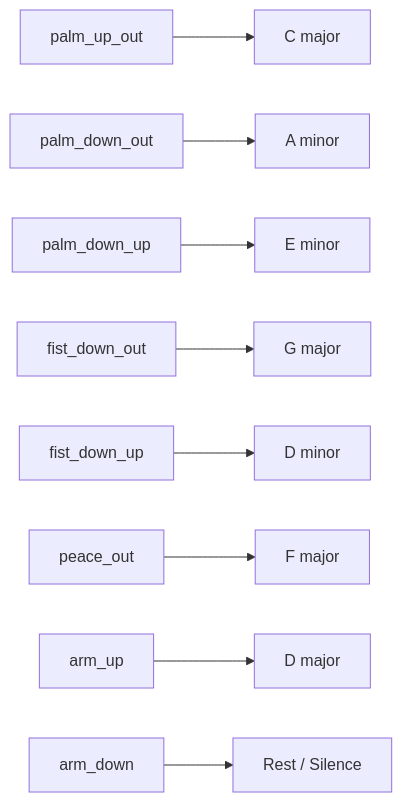
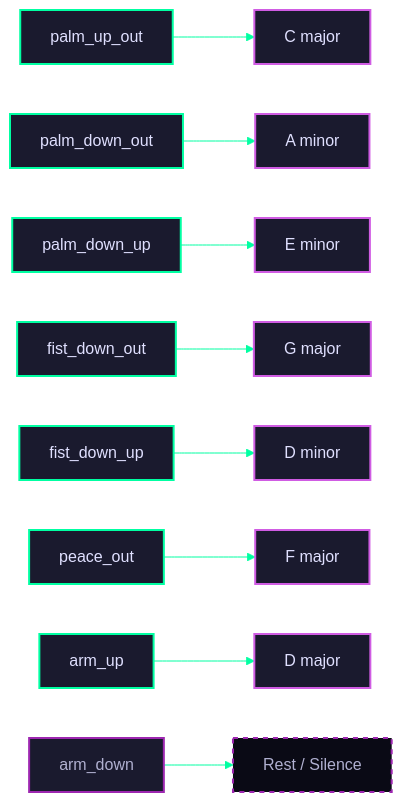
The second of 3 diagrams in docs/architecture.md (Victor-Lockwood/Hackathon-2026-Cosmic-Horror), drawn with Mermaid before and after one commit. The commit also changed other lines of this file, not shown here.

First line of the commit message:
docs(architecture): restyle mermaid diagrams with cosmic horror theme

````diff
--- a/docs/architecture.md
+++ b/docs/architecture.md
@@ -51,11 +77,36 @@
 ```mermaid
+%%{init: {'theme': 'base', 'themeVariables': {
+    'primaryColor': '#1a1a2e',
+    'primaryTextColor': '#e0e0ff',
+    'primaryBorderColor': '#00ffa2',
+    'lineColor': '#00ffa2',
+    'edgeLabelBackground': '#0a0a15',
+    'nodeTextColor': '#e0e0ff'
+}}}%%
 flowchart LR
     PUO["palm_up_out"] --> C["C major"]
     PDO["palm_down_out"] --> Am["A minor"]
     PDU["palm_down_up"] --> Em["E minor"]
     FDO["fist_down_out"] --> G["G major"]
     FDU["fist_down_up"] --> Dm["D minor"]
     PO["peace_out"] --> F["F major"]
     AU["arm_up"] --> D["D major"]
     AD["arm_down"] --> REST["Rest / Silence"]
+
+    style PUO fill:#1a1a2e,stroke:#00ffa2,stroke-width:2px,color:#e0e0ff
+    style PDO fill:#1a1a2e,stroke:#00ffa2,stroke-width:2px,color:#e0e0ff
+    style PDU fill:#1a1a2e,stroke:#00ffa2,stroke-width:2px,color:#e0e0ff
+    style FDO fill:#1a1a2e,stroke:#00ffa2,stroke-width:2px,color:#e0e0ff
+    style FDU fill:#1a1a2e,stroke:#00ffa2,stroke-width:2px,color:#e0e0ff
+    style PO fill:#1a1a2e,stroke:#00ffa2,stroke-width:2px,color:#e0e0ff
+    style AU fill:#1a1a2e,stroke:#00ffa2,stroke-width:2px,color:#e0e0ff
+    style AD fill:#1a1a2e,stroke:#9d27b0,stroke-width:2px,color:#b0b0d0
+    style C fill:#1a1a2e,stroke:#d05ce3,stroke-width:2px,color:#e0e0ff
+    style Am fill:#1a1a2e,stroke:#d05ce3,stroke-width:2px,color:#e0e0ff
+    style Em fill:#1a1a2e,stroke:#d05ce3,stroke-width:2px,color:#e0e0ff
+    style G fill:#1a1a2e,stroke:#d05ce3,stroke-width:2px,color:#e0e0ff
+    style Dm fill:#1a1a2e,stroke:#d05ce3,stroke-width:2px,color:#e0e0ff
+    style F fill:#1a1a2e,stroke:#d05ce3,stroke-width:2px,color:#e0e0ff
+    style D fill:#1a1a2e,stroke:#d05ce3,stroke-width:2px,color:#e0e0ff
+    style REST fill:#0a0a15,stroke:#9d27b0,stroke-width:2px,stroke-dasharray:5 5,color:#b0b0d0
 ```
````
